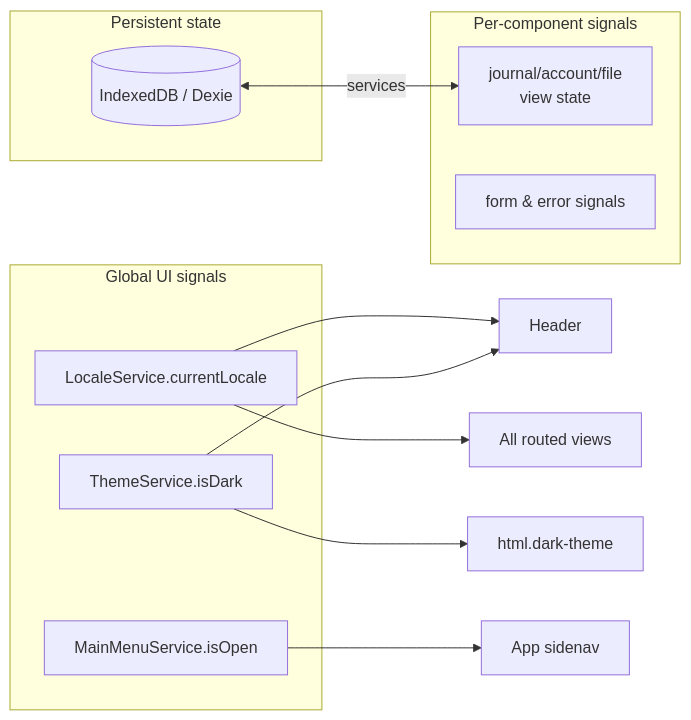
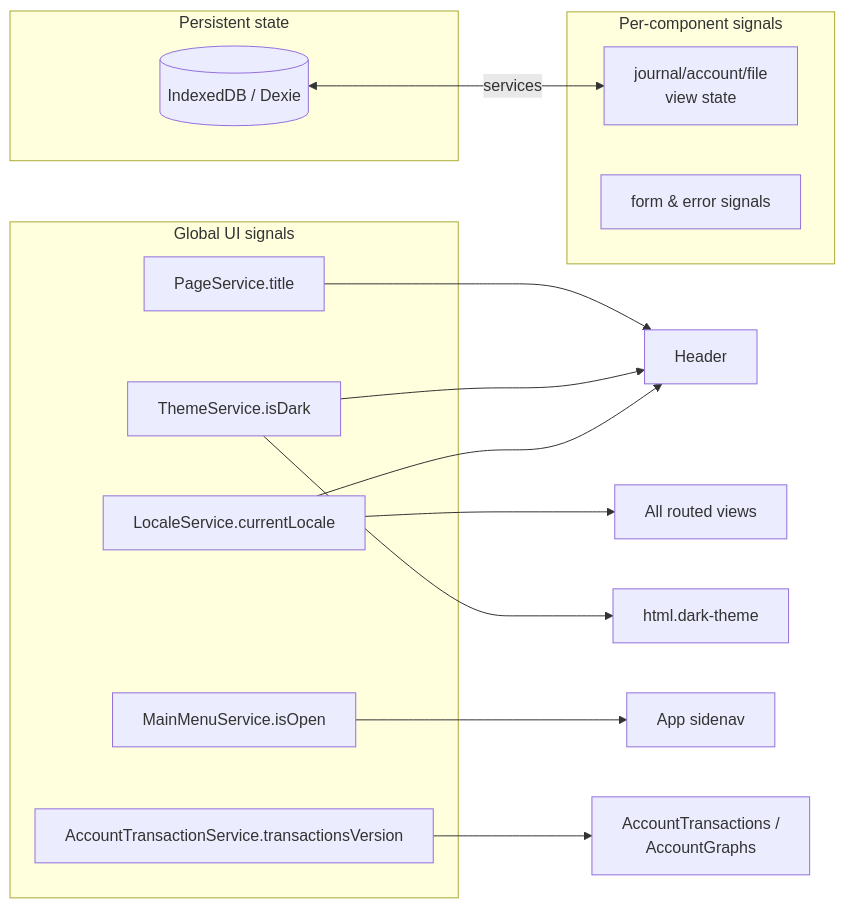
Diagram 11 of 11 in Doc/Architecture.md (cobreti/Budgan), drawn with Mermaid before and after one commit. The commit also changed other lines of this file and 24 other files, not shown here.

````diff
--- a/Doc/Architecture.md
+++ b/Doc/Architecture.md
@@ -458,22 +564,26 @@
 ```mermaid
 flowchart LR
     subgraph Persistent["Persistent state"]
         DB[(IndexedDB / Dexie)]
     end
     subgraph Global["Global UI signals"]
         L[LocaleService.currentLocale]
         T[ThemeService.isDark]
         M[MainMenuService.isOpen]
+        P[PageService.title]
+        V[AccountTransactionService.transactionsVersion]
     end
     subgraph Local["Per-component signals"]
         C1[journal/account/file<br/>view state]
         C2[form & error signals]
     end
 
     DB <-->|services| C1
     L --> Header
     L --> Views[All routed views]
     T --> Header
     T --> RootHtml["html.dark-theme"]
     M --> AppShell["App sidenav"]
+    P --> Header
+    V --> TxViews["AccountTransactions /<br/>AccountGraphs"]
 ```
````
